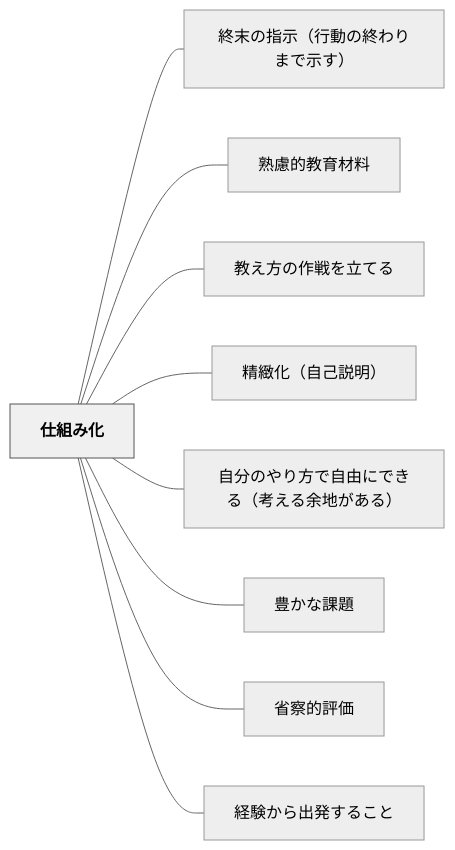
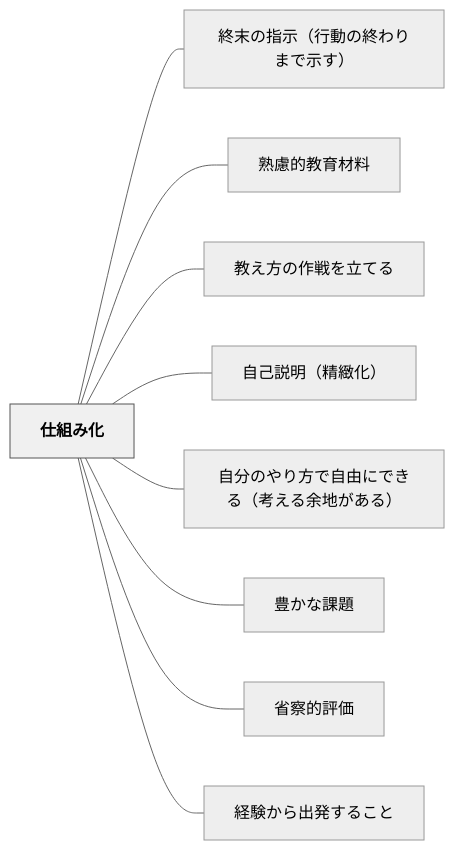
One commit to unknownthings-ed-patterns/unknownthings-ed-patterns changed the diagram in content/パタン/仕組み化.md. Above: the diagram before and after it, drawn with Mermaid (neutral theme). The commit also changed other lines of this file and 19 other files, not shown here.

````diff
--- a/content/パタン/仕組み化.md
+++ b/content/パタン/仕組み化.md
@@ -51,24 +51,24 @@
 ```mermaid
 flowchart LR
     ne4bb95e7b584e381bfe58c96["仕組み化"]
     ne7b582e69cabe381aee68c87e7a4baefbc88e8a18ce58b95e381aee7b582e3828fe3828ae381bee381a7e7a4bae38199efbc89["終末の指示（行動の終わりまで示す）"]
     ne7869fe685aee79a84e69599e882b2e69d90e69699["熟慮的教育材料"]
     ne69599e38188e696b9e381aee4bd9ce688a6e38292e7ab8be381a6e3828b["教え方の作戦を立てる"]
-    ne7b2bee7b7bbe58c96efbc88e887aae5b7b1e8aaace6988eefbc89["精緻化（自己説明）"]
+    ne887aae5b7b1e8aaace6988eefbc88e7b2bee7b7bbe58c96efbc89["自己説明（精緻化）"]
     ne887aae58886e381aee38284e3828ae696b9e381a7e887aae794b1e381abe381a7e3818de3828befbc88e88083e38188e3828be4bd99e59cb0e3818ce38182e3828befbc89["自分のやり方で自由にできる（考える余地がある）"]
     ne8b18ae3818be381aae8aab2e9a18c["豊かな課題"]
     ne79c81e5af9fe79a84e8a995e4bea1["省察的評価"]
     ne7b58ce9a893e3818be38289e587bae799bae38199e3828be38193e381a8["経験から出発すること"]
 
     ne4bb95e7b584e381bfe58c96 --- ne7b582e69cabe381aee68c87e7a4baefbc88e8a18ce58b95e381aee7b582e3828fe3828ae381bee381a7e7a4bae38199efbc89
     ne4bb95e7b584e381bfe58c96 --- ne7869fe685aee79a84e69599e882b2e69d90e69699
     ne4bb95e7b584e381bfe58c96 --- ne69599e38188e696b9e381aee4bd9ce688a6e38292e7ab8be381a6e3828b
-    ne4bb95e7b584e381bfe58c96 --- ne7b2bee7b7bbe58c96efbc88e887aae5b7b1e8aaace6988eefbc89
+    ne4bb95e7b584e381bfe58c96 --- ne887aae5b7b1e8aaace6988eefbc88e7b2bee7b7bbe58c96efbc89
     ne4bb95e7b584e381bfe58c96 --- ne887aae58886e381aee38284e3828ae696b9e381a7e887aae794b1e381abe381a7e3818de3828befbc88e88083e38188e3828be4bd99e59cb0e3818ce38182e3828befbc89
     ne4bb95e7b584e381bfe58c96 --- ne8b18ae3818be381aae8aab2e9a18c
     ne4bb95e7b584e381bfe58c96 --- ne79c81e5af9fe79a84e8a995e4bea1
     ne4bb95e7b584e381bfe58c96 --- ne7b58ce9a893e3818be38289e587bae799bae38199e3828be38193e381a8
 
     classDef hub fill:#f0f0f0,stroke:#555,color:#000,font-weight:bold
     class ne4bb95e7b584e381bfe58c96 hub
 ```
````
